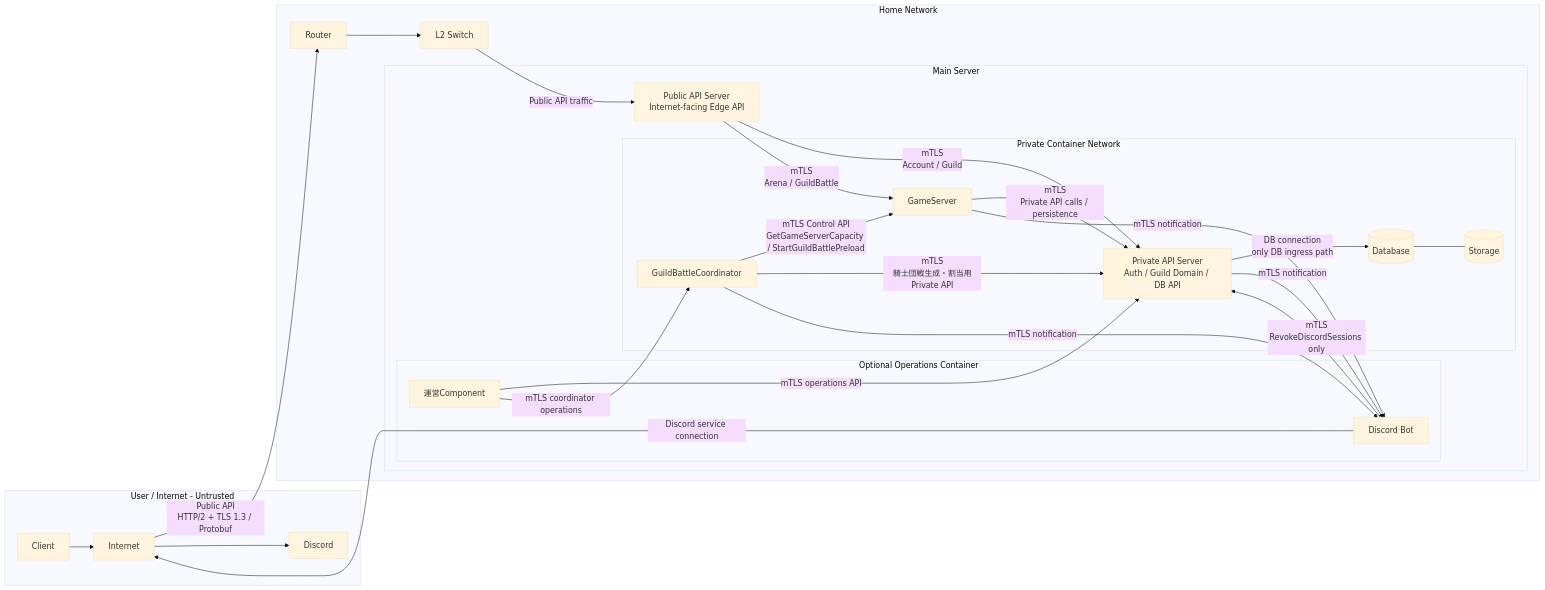
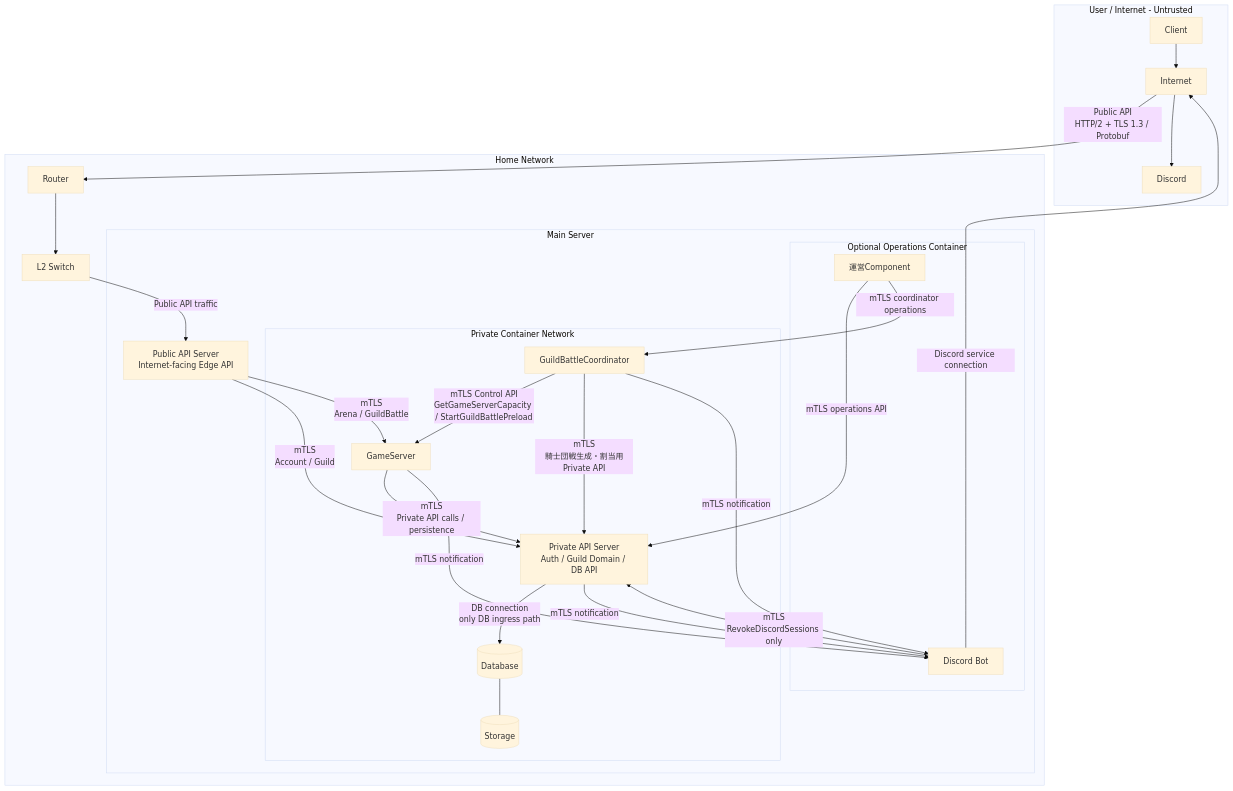
Before and after one commit to ReHydrangeaOdyssey/Specifications: the first of 2 diagrams in design/system/network.md, drawn with Mermaid (base theme). The commit also changed other lines of this file and 10 other files, not shown here.

````diff
--- a/design/system/network.md
+++ b/design/system/network.md
@@ -5,55 +5,55 @@
 ```mermaid
-flowchart LR
+flowchart TD
     subgraph USER["User / Internet - Untrusted"]
         client["Client"]
         internet["Internet"]
         discord["Discord"]
         client --> internet
     end
 
     subgraph HOME["Home Network"]
         router["Router"]
         l2sw["L2 Switch"]
 
         subgraph HOST["Main Server"]
             public_api["Public API Server<br/>Internet-facing Edge API"]
 
             subgraph PRIVATE["Private Container Network"]
                 game["GameServer"]
                 coordinator["GuildBattleCoordinator"]
                 private_api["Private API Server<br/>Auth / Guild Domain / DB API"]
                 db[("Database")]
                 storage[("Storage")]
             end
 
             subgraph OPS["Optional Operations Container"]
                 bot["Discord Bot"]
                 ops["運営Component"]
             end
         end
     end
 
     internet -->|"Public API<br/>HTTP/2 + TLS 1.3 / Protobuf"| router
     router --> l2sw
     l2sw -->|"Public API traffic"| public_api
 
     public_api -->|"mTLS<br/>Account / Guild"| private_api
     public_api -->|"mTLS<br/>Arena / GuildBattle"| game
 
     coordinator -->|"mTLS Control API<br/>GetGameServerCapacity / StartGuildBattlePreload"| game
     coordinator -->|"mTLS<br/>騎士団戦生成・割当用Private API"| private_api
     game -->|"mTLS<br/>Private API calls / persistence"| private_api
 
     private_api -->|"DB connection<br/>only DB ingress path"| db
     db --- storage
 
     game -->|"mTLS notification"| bot
     coordinator -->|"mTLS notification"| bot
     private_api -->|"mTLS notification"| bot
     bot -->|"mTLS<br/>RevokeDiscordSessions only"| private_api
     ops -->|"mTLS operations API"| private_api
     ops -->|"mTLS coordinator operations"| coordinator
 
     bot -->|"Discord service connection"| internet
     internet --> discord
 ```
````
